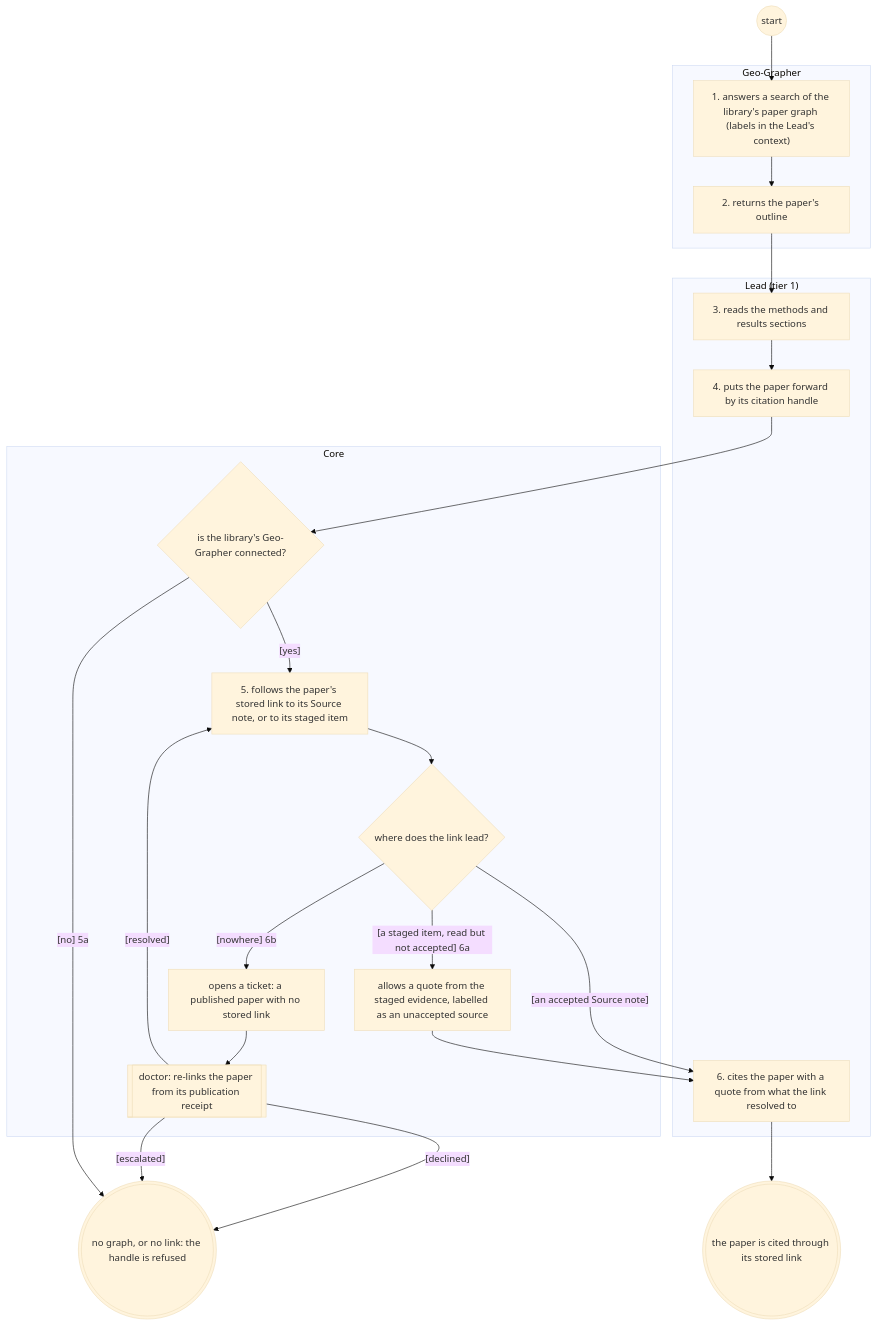
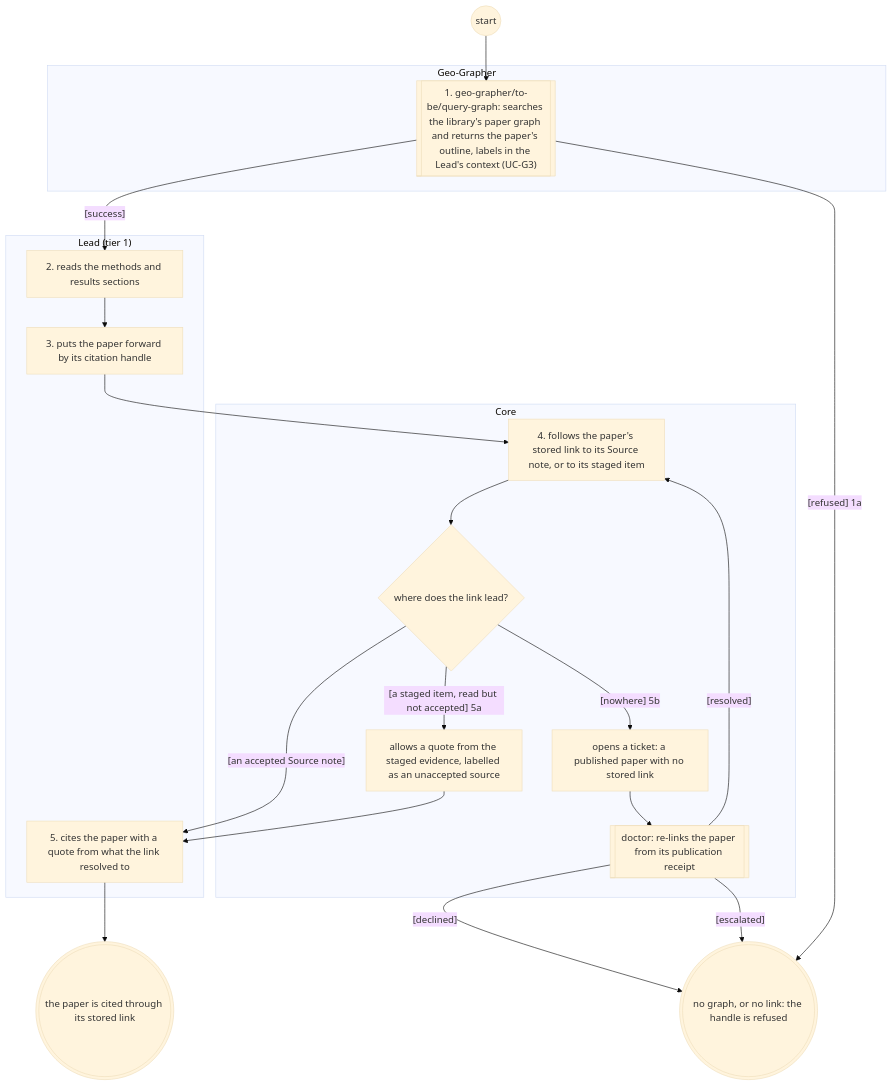
The diagram in reports/2026-11-25-systems-analysis-finalisation/librarian/to-be/views/cite-graph.views.md (Jake36999/Librarian_V2), drawn with Mermaid (base theme) before and after one commit. The commit also changed other lines of this file and 36 other files, not shown here.

````diff
--- a/reports/2026-11-25-systems-analysis-finalisation/librarian/to-be/views/cite-graph.views.md
+++ b/reports/2026-11-25-systems-analysis-finalisation/librarian/to-be/views/cite-graph.views.md
@@ -54,41 +53,37 @@
 ```mermaid
 flowchart TD
   subgraph Lead_tier_1_["Lead (tier 1)"]
-    sections["3. reads the methods and results sections"]
-    put["4. puts the paper forward by its citation handle"]
-    cite["6. cites the paper with a quote from what the link resolved to"]
+    sections["2. reads the methods and results sections"]
+    put["3. puts the paper forward by its citation handle"]
+    cite["5. cites the paper with a quote from what the link resolved to"]
   end
   subgraph Core["Core"]
-    dconnected{"is the library's Geo-Grapher connected?"}
-    resolve["5. follows the paper's stored link to its Source note, or to its staged item"]
+    resolve["4. follows the paper's stored link to its Source note, or to its staged item"]
     dlink{"where does the link lead?"}
     staged["allows a quote from the staged evidence, labelled as an unaccepted source"]
     ticket["opens a ticket: a published paper with no stored link"]
     ref_doctor[["doctor: re-links the paper from its publication receipt"]]
   end
   subgraph Geo_Grapher["Geo-Grapher"]
-    search["1. answers a search of the library's paper graph (labels in the Lead's context)"]
-    outline["2. returns the paper's outline"]
+    query[["1. geo-grapher/to-be/query-graph: searches the library's paper graph and returns the paper's outline, labels in the Lead's context (UC-G3)"]]
   end
   s(("start"))
   e1((("the paper is cited through its stored link")))
   e_unavailable((("no graph, or no link: the handle is refused")))
-  s --> search
-  search --> outline
-  outline --> sections
+  s --> query
   sections --> put
-  put --> dconnected
-  dconnected -->|"[yes]"| resolve
-  dconnected -->|"[no] 5a"| e_unavailable
   resolve --> dlink
   dlink -->|"[an accepted Source note]"| cite
-  dlink -->|"[a staged item, read but not accepted] 6a"| staged
-  dlink -->|"[nowhere] 6b"| ticket
+  dlink -->|"[a staged item, read but not accepted] 5a"| staged
+  dlink -->|"[nowhere] 5b"| ticket
   staged --> cite
   ticket --> ref_doctor
   cite --> e1
   ref_doctor -->|"[resolved]"| resolve
   ref_doctor -->|"[declined]"| e_unavailable
   ref_doctor -->|"[escalated]"| e_unavailable
+  query -->|"[success]"| sections
+  query -->|"[refused] 1a"| e_unavailable
+  put --> resolve
   classDef ext stroke:#d9534f,stroke-width:2px
 ```
````
